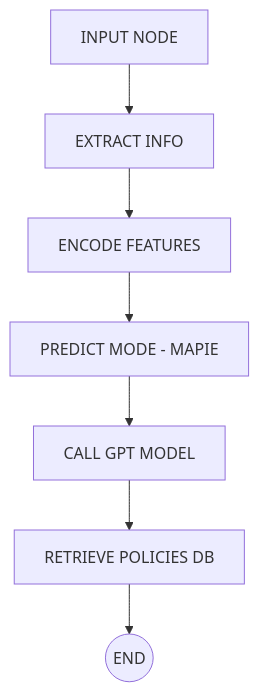
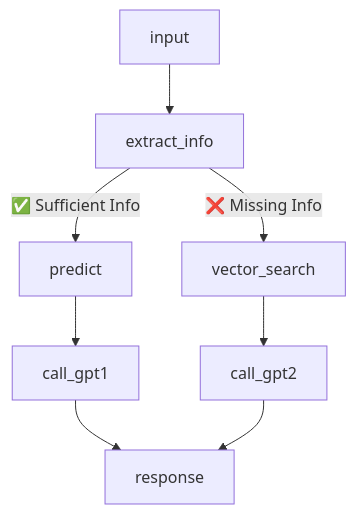
Before and after one commit to TrBn17/PROJECT-LOGISTIC: the diagram in README.md, drawn with Mermaid. The commit also changed other lines of this file, not shown here.

````diff
--- a/README.md
+++ b/README.md
@@ -10,10 +10,12 @@
 ```mermaid
 graph TD
-    A[INPUT NODE] --> B[EXTRACT INFO]
-    B --> C[ENCODE FEATURES]
-    C --> D[PREDICT MODE - MAPIE]
-    D --> E[CALL GPT MODEL]
-    E --> F[RETRIEVE POLICIES DB]
-    F --> G((END))
+    A1[input] --> A2[extract_info]
 
+    A2 -->|✅ Sufficient Info| B1[predict]
+    B1 --> C1[call_gpt1]
+    C1 --> Z1[response]
+
+    A2 -->|❌ Missing Info| D1[vector_search]
+    D1 --> E1[call_gpt2]
+    E1 --> Z1[response]
 ```
````
